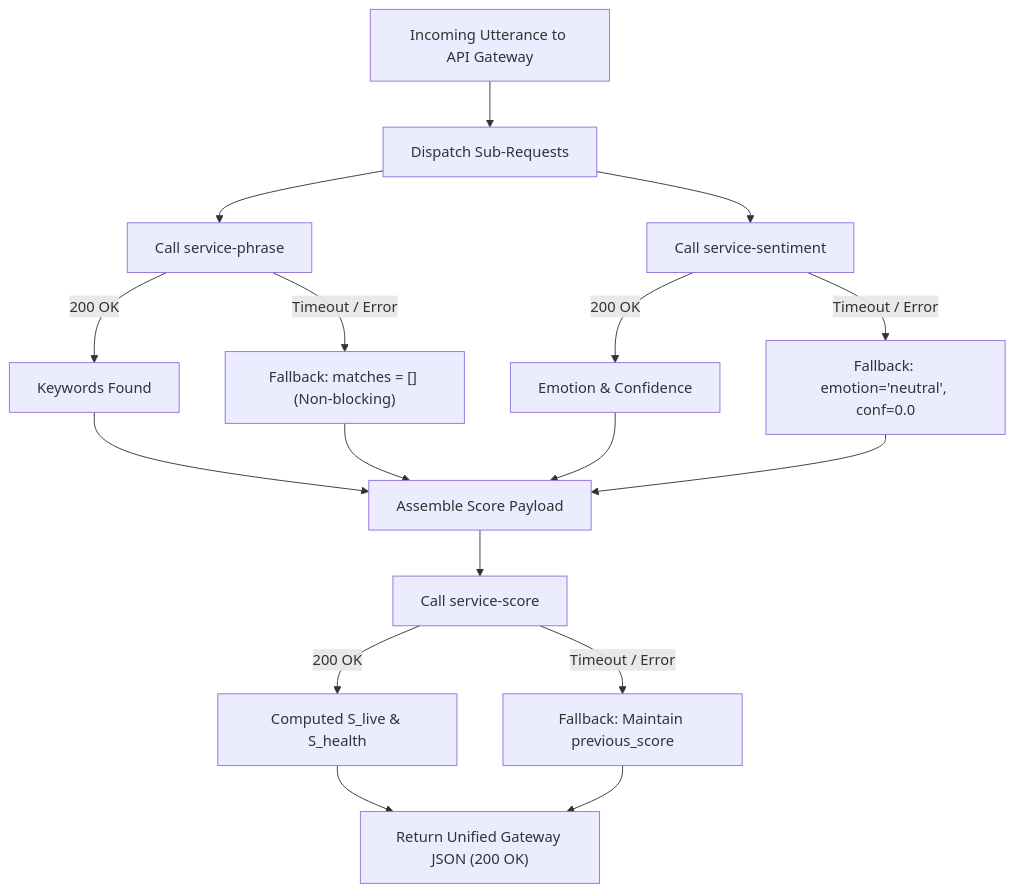
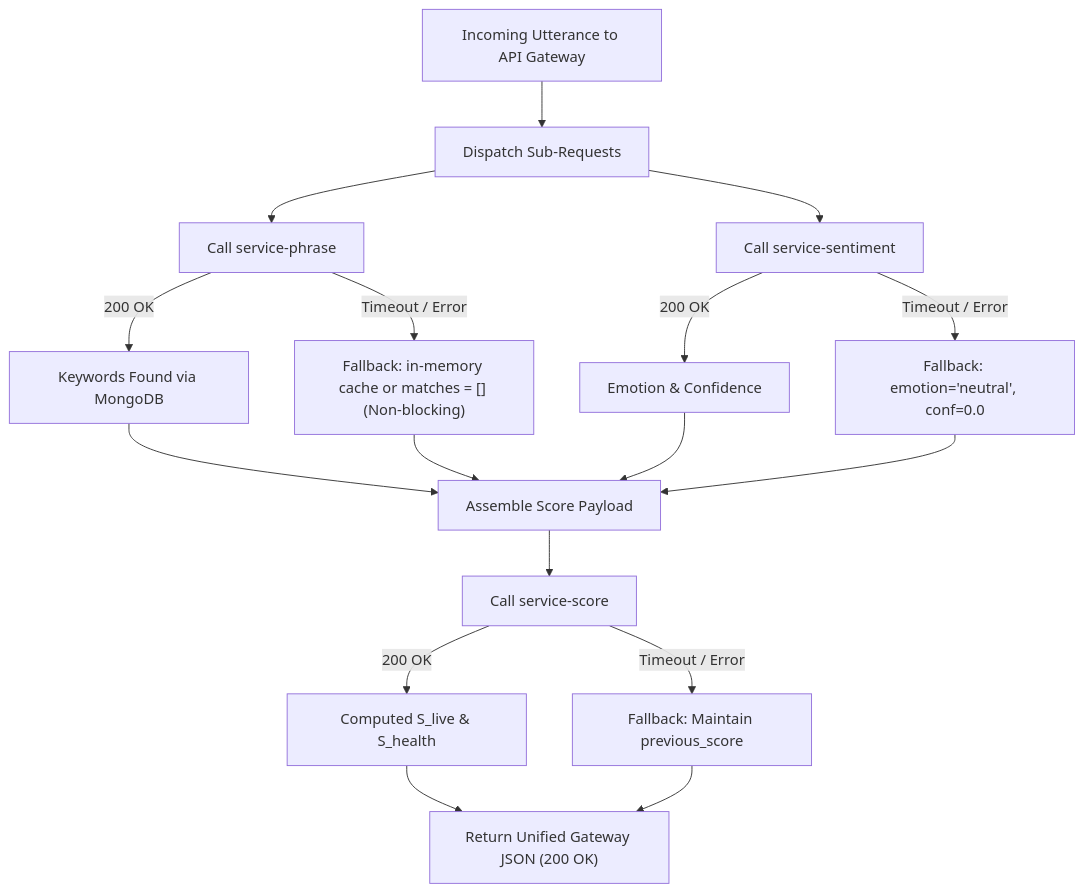
Before and after one commit to Thejandeera/live-call-sentiment: the fifth of 6 diagrams in architecture.md, drawn with Mermaid. The commit also changed other lines of this file and 6 other files, not shown here.

````diff
--- a/architecture.md
+++ b/architecture.md
@@ -221,22 +237,22 @@
 ```mermaid
 flowchart TD
     Req["Incoming Utterance to API Gateway"] --> Dispatch["Dispatch Sub-Requests"]
 
     Dispatch --> P_Call["Call service-phrase"]
     Dispatch --> S_Call["Call service-sentiment"]
     
-    P_Call -->|200 OK| P_Res["Keywords Found"]
-    P_Call -->|Timeout / Error| P_Fail["Fallback: matches = [] (Non-blocking)"]
+    P_Call -->|200 OK| P_Res["Keywords Found via MongoDB"]
+    P_Call -->|Timeout / Error| P_Fail["Fallback: in-memory cache or matches = [] (Non-blocking)"]
 
     S_Call -->|200 OK| S_Res["Emotion & Confidence"]
     S_Call -->|Timeout / Error| S_Fail["Fallback: emotion='neutral', conf=0.0"]
 
     P_Res & P_Fail --> Aggregate["Assemble Score Payload"]
     S_Res & S_Fail --> Aggregate
 
     Aggregate --> C_Call["Call service-score"]
     C_Call -->|200 OK| C_Res["Computed S_live & S_health"]
     C_Call -->|Timeout / Error| C_Fail["Fallback: Maintain previous_score"]
 
     C_Res & C_Fail --> Final["Return Unified Gateway JSON (200 OK)"]
 ```
````
